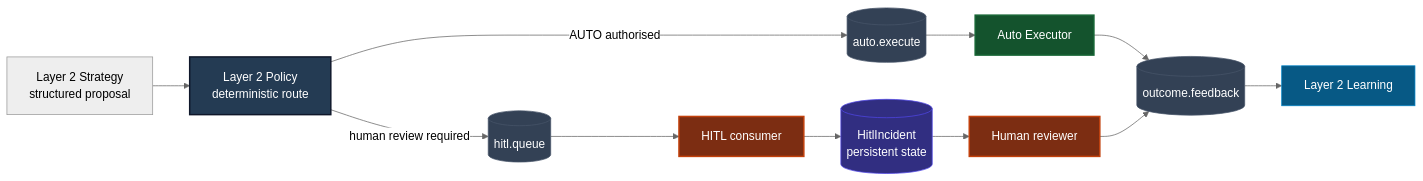
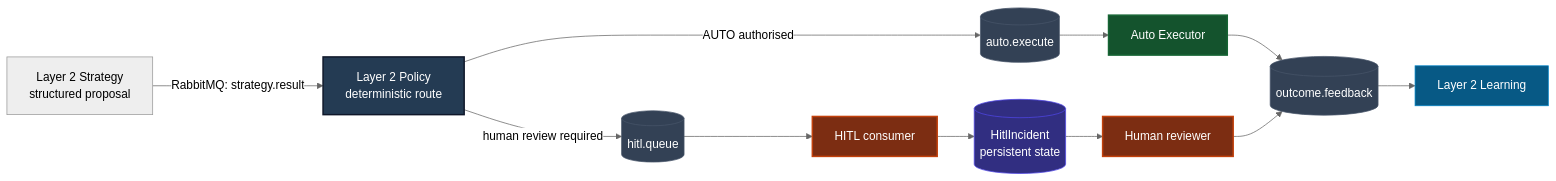
One commit to Spectre206/fyp-pipeline changed the first of 13 diagrams in layer3/docs/layer3_component_log.md. Above: the diagram before and after it, drawn with Mermaid (neutral theme). The commit also changed other lines of this file and 14 other files, not shown here.

```diff
--- a/layer3/docs/layer3_component_log.md
+++ b/layer3/docs/layer3_component_log.md
@@ -26,26 +26,26 @@
 ~~~mermaid
 flowchart LR
     classDef policy fill:#243b53,color:#fff,stroke:#0f172a,stroke-width:2px
     classDef auto fill:#14532d,color:#fff,stroke:#166534,stroke-width:2px
     classDef hitl fill:#7c2d12,color:#fff,stroke:#c2410c,stroke-width:2px
     classDef queue fill:#334155,color:#fff,stroke:#475569
     classDef data fill:#312e81,color:#fff,stroke:#4f46e5
     classDef learn fill:#075985,color:#fff,stroke:#0284c7
 
-    STR[Layer 2 Strategy<br/>structured proposal] --> POL[Layer 2 Policy<br/>deterministic route]
+    STR[Layer 2 Strategy<br/>structured proposal] -->|"RabbitMQ: strategy.result"| POL[Layer 2 Policy<br/>deterministic route]
     POL -->|AUTO authorised| AQ[(auto.execute)]
     POL -->|human review required| HQ[(hitl.queue)]
     AQ --> AE[Auto Executor]
     HQ --> HC[HITL consumer]
     HC --> HI[(HitlIncident<br/>persistent state)]
     HI --> HR[Human reviewer]
     AE --> OF[(outcome.feedback)]
     HR --> OF
     OF --> LA[Layer 2 Learning]
     class POL policy
     class AQ,HQ,OF queue
     class AE auto
     class HC,HR hitl
     class HI data
     class LA learn
 ~~~
```
